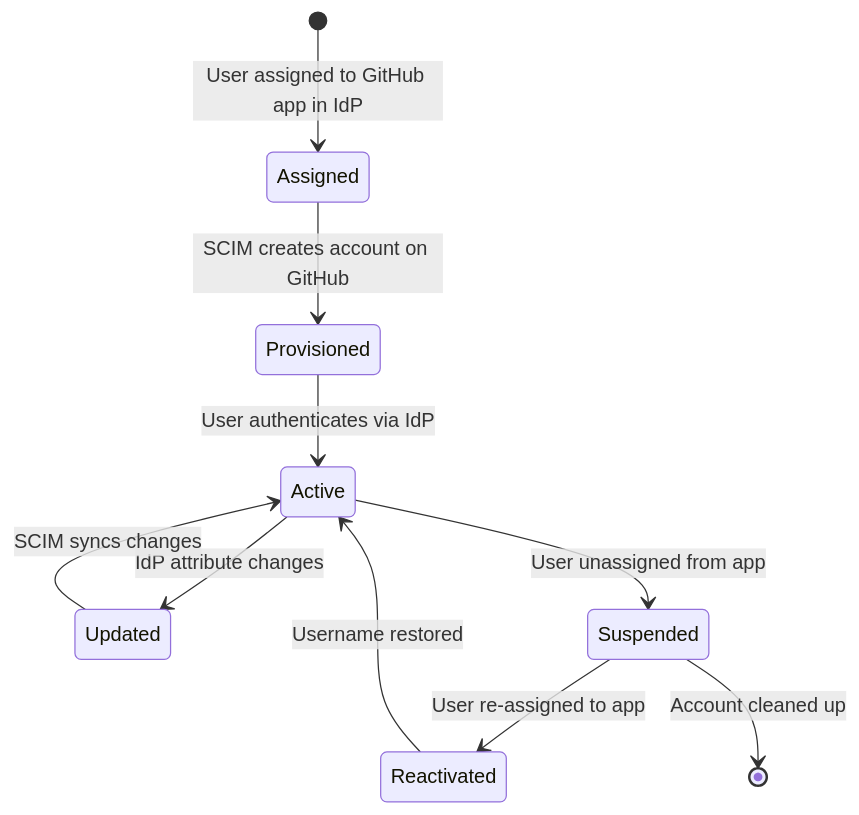
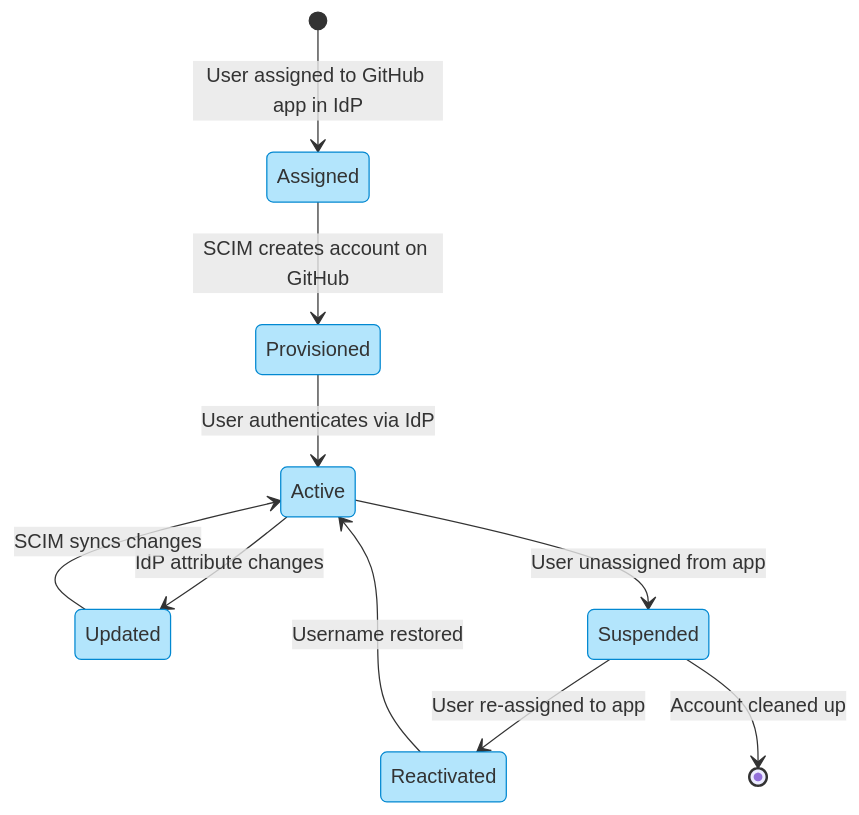
Before and after one commit to jmassardo/jmassardo.github.io: the fourth of 11 diagrams in _posts/2026-01-14-migrating-to-github-enterprise-managed-users.md, drawn with Mermaid. The commit also changed other lines of this file and 12 other files, not shown here.

````diff
--- a/_posts/2026-01-14-migrating-to-github-enterprise-managed-users.md
+++ b/_posts/2026-01-14-migrating-to-github-enterprise-managed-users.md
@@ -657,12 +668,15 @@
 ```mermaid
 stateDiagram-v2
     [*] --> Assigned: User assigned to GitHub app in IdP
     Assigned --> Provisioned: SCIM creates account on GitHub
     Provisioned --> Active: User authenticates via IdP
     Active --> Updated: IdP attribute changes
     Updated --> Active: SCIM syncs changes
     Active --> Suspended: User unassigned from app
     Suspended --> Reactivated: User re-assigned to app
     Suspended --> [*]: Account cleaned up
     Reactivated --> Active: Username restored
+
+    classDef stateStyle fill:#b3e5fc,stroke:#0288d1,color:#333
+    class Assigned,Provisioned,Active,Updated,Suspended,Reactivated stateStyle
 ```
````
